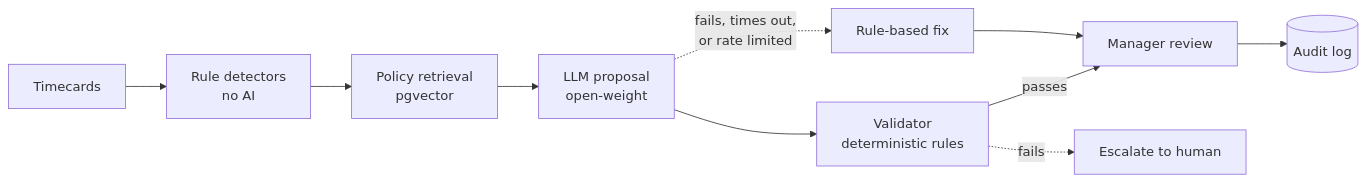
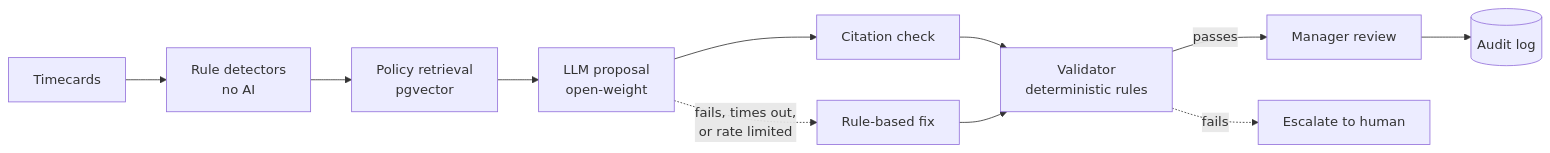
Before and after one commit to Satyam1310/dayforce: the diagram in README.md, drawn with Mermaid. The commit also changed other lines of this file, not shown here.

````diff
--- a/README.md
+++ b/README.md
@@ -23,12 +23,13 @@
 ```mermaid
 flowchart LR
     T[Timecards] --> D[Rule detectors<br/>no AI]
     D --> R[Policy retrieval<br/>pgvector]
     R --> L[LLM proposal<br/>open-weight]
-    L --> V[Validator<br/>deterministic rules]
+    L --> C[Citation check]
+    C --> V[Validator<br/>deterministic rules]
     V -->|passes| M[Manager review]
     L -. fails, times out,<br/>or rate limited .-> F[Rule-based fix]
-    F --> M
+    F --> V
     V -. fails .-> E[Escalate to human]
     M --> A[(Audit log)]
 ```
````
